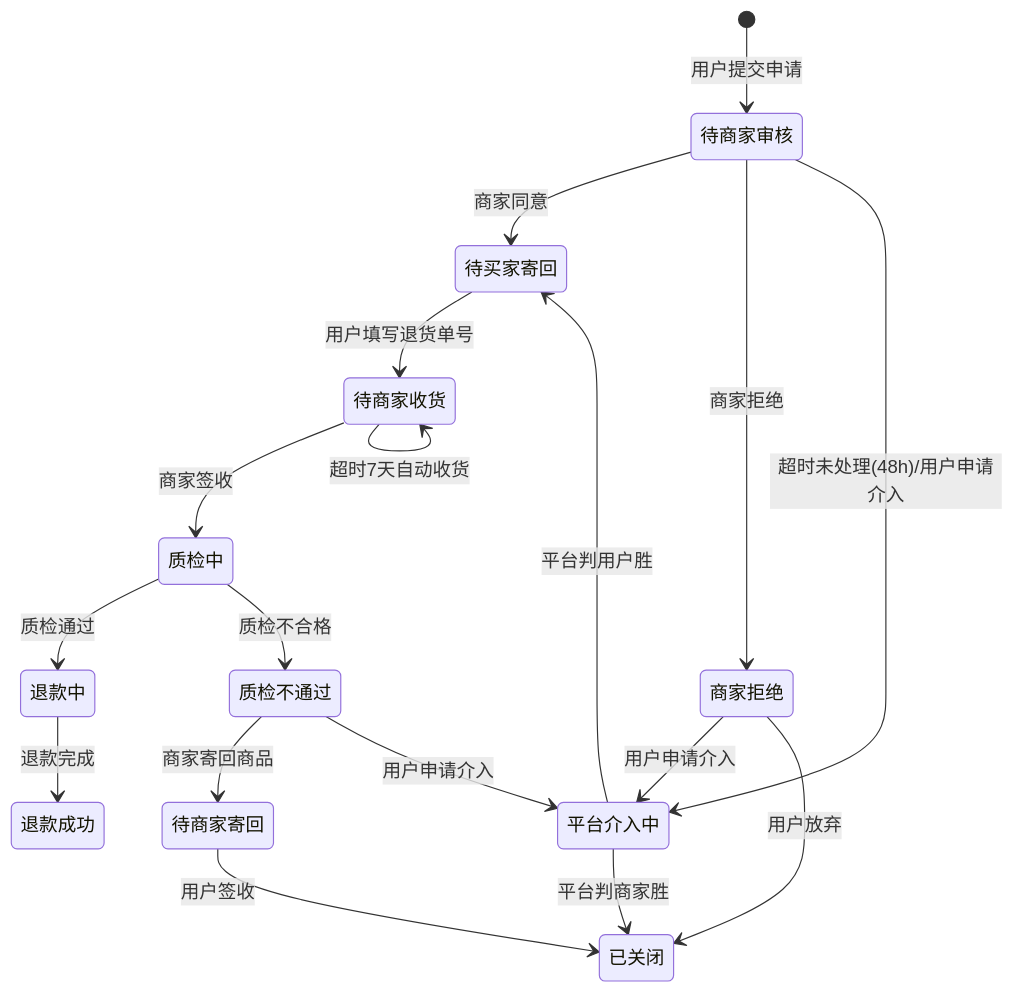
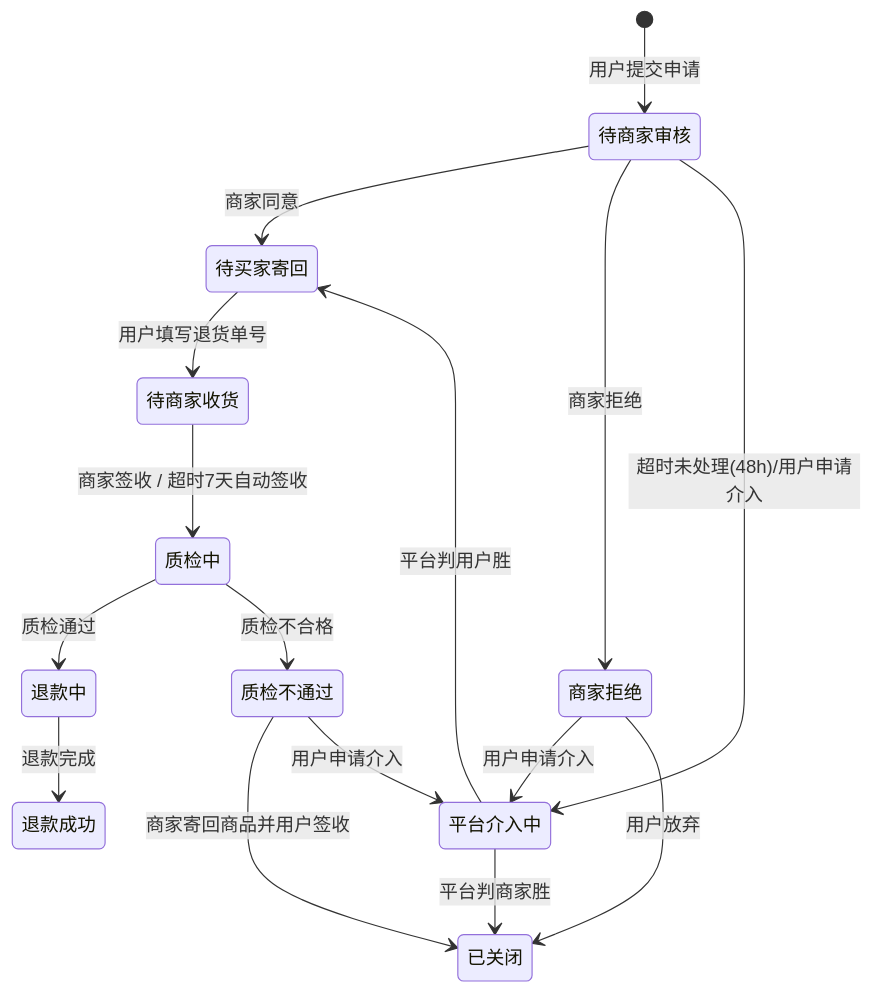
Before and after one commit to Crispy-Rice/eshop: the diagram in docs/08-aftersale.md, drawn with Mermaid. The commit also changed other lines of this file and 99 other files, not shown here.

````diff
--- a/docs/08-aftersale.md
+++ b/docs/08-aftersale.md
@@ -127,20 +113,18 @@
 ```mermaid
 stateDiagram-v2
     [*] --> 待商家审核: 用户提交申请
     待商家审核 --> 待买家寄回: 商家同意
     待商家审核 --> 商家拒绝: 商家拒绝
     待商家审核 --> 平台介入中: 超时未处理(48h)/用户申请介入
     商家拒绝 --> 平台介入中: 用户申请介入
     商家拒绝 --> 已关闭: 用户放弃
     平台介入中 --> 待买家寄回: 平台判用户胜
     平台介入中 --> 已关闭: 平台判商家胜
     待买家寄回 --> 待商家收货: 用户填写退货单号
-    待商家收货 --> 质检中: 商家签收
-    待商家收货 --> 待商家收货: 超时7天自动收货
+    待商家收货 --> 质检中: 商家签收 / 超时7天自动签收
     质检中 --> 退款中: 质检通过
     质检中 --> 质检不通过: 质检不合格
-    质检不通过 --> 待商家寄回: 商家寄回商品
+    质检不通过 --> 已关闭: 商家寄回商品并用户签收
     质检不通过 --> 平台介入中: 用户申请介入
-    待商家寄回 --> 已关闭: 用户签收
     退款中 --> 退款成功: 退款完成
 ```
````
